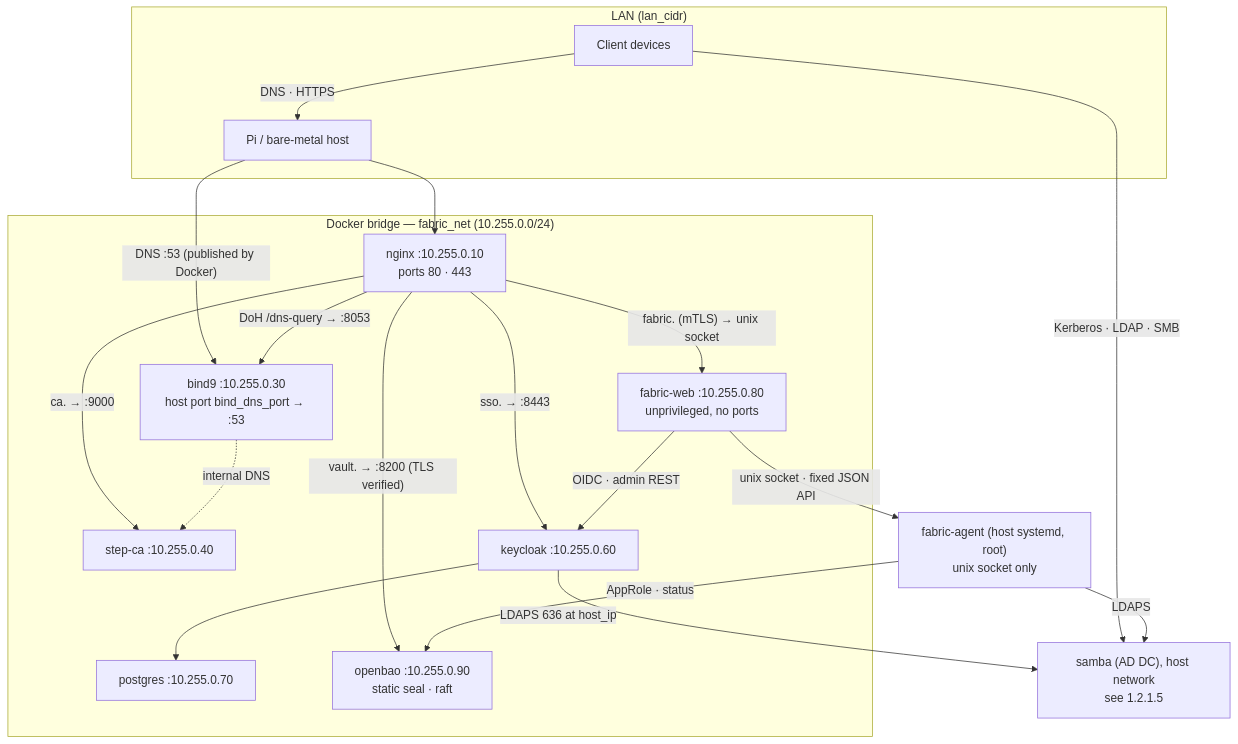
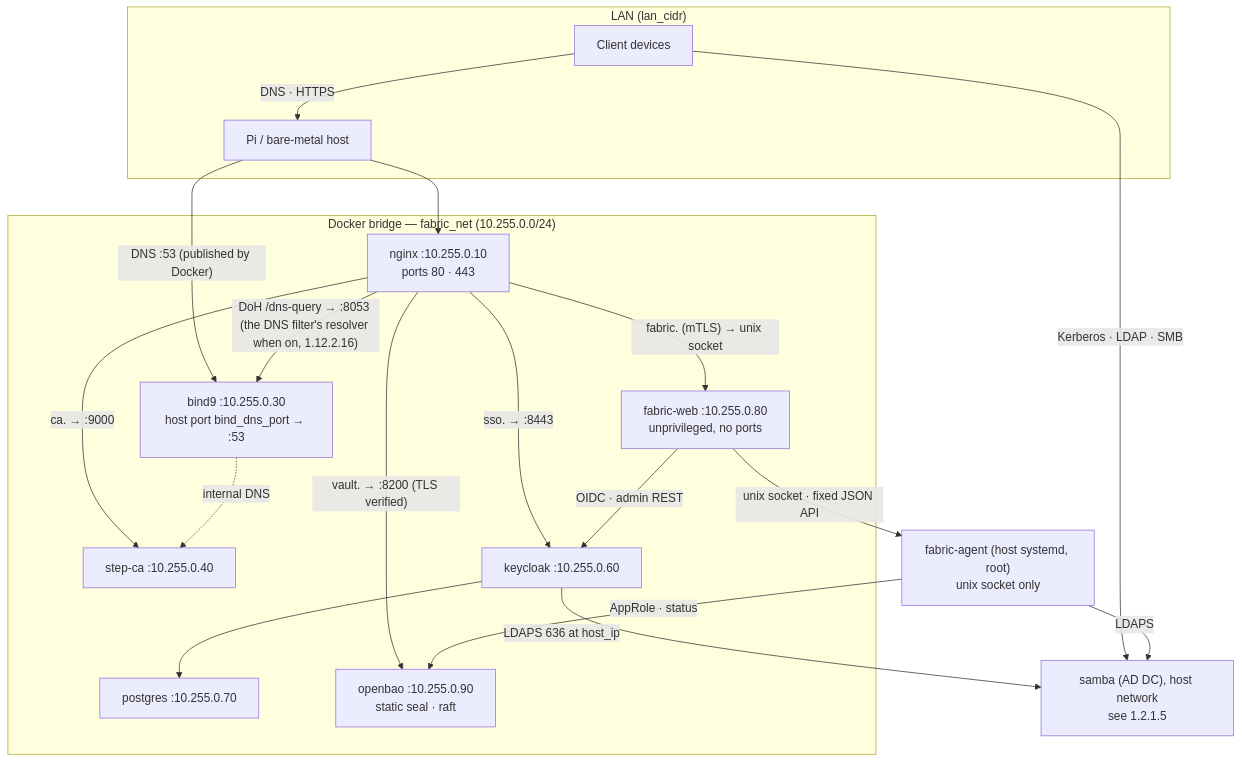
Before and after one commit to archdukejim/open-fabric: the first of 4 diagrams in docs/volume_1_description_and_architecture/1.2.1-topology.md, drawn with Mermaid. The commit also changed 30 other files, not shown here.

First line of the commit message:
0.7 step 6: DoT and DoH for clients on the DNS filter (1.12.2.16)

````diff
--- a/docs/volume_1_description_and_architecture/1.2.1-topology.md
+++ b/docs/volume_1_description_and_architecture/1.2.1-topology.md
@@ -17,37 +17,37 @@
 ```mermaid
 graph TB
     subgraph LAN["LAN (lan_cidr)"]
         CLIENT[Client devices]
         HOST[Pi / bare-metal host]
     end
 
     subgraph FABRIC["Docker bridge — fabric_net (10.255.0.0/24)"]
         NGINX["nginx :10.255.0.10\nports 80 · 443"]
         BIND9["bind9 :10.255.0.30\nhost port bind_dns_port → :53"]
         STEPCA["step-ca :10.255.0.40"]
         KC["keycloak :10.255.0.60"]
         PG["postgres :10.255.0.70"]
         WEB["fabric-web :10.255.0.80\nunprivileged, no ports"]
         BAO["openbao :10.255.0.90\nstatic seal · raft"]
     end
 
     AGENT["fabric-agent (host systemd, root)\nunix socket only"]
     DC["samba (AD DC), host network\nsee 1.2.1.5"]
 
     CLIENT -->|"DNS · HTTPS"| HOST
     CLIENT -->|"Kerberos · LDAP · SMB"| DC
     HOST -->|"DNS :53 (published by Docker)"| BIND9
     HOST --> NGINX
-    NGINX -->|"DoH /dns-query → :8053"| BIND9
+    NGINX -->|"DoH /dns-query → :8053 (the DNS filter's resolver when on, 1.12.2.16)"| BIND9
     NGINX -->|"fabric.<domain> (mTLS) → unix socket"| WEB
     NGINX -->|"sso.<domain> → :8443"| KC
     WEB -->|"OIDC · admin REST"| KC
     WEB -->|"unix socket · fixed JSON API"| AGENT
     KC -->|"LDAPS 636 at host_ip"| DC
     AGENT -->|"LDAPS"| DC
     KC --> PG
     NGINX -->|"ca.<domain> → :9000"| STEPCA
     NGINX -->|"vault.<domain> → :8200 (TLS verified)"| BAO
     AGENT -->|"AppRole · status"| BAO
     BIND9 -.->|"internal DNS"| STEPCA
 ```
````
